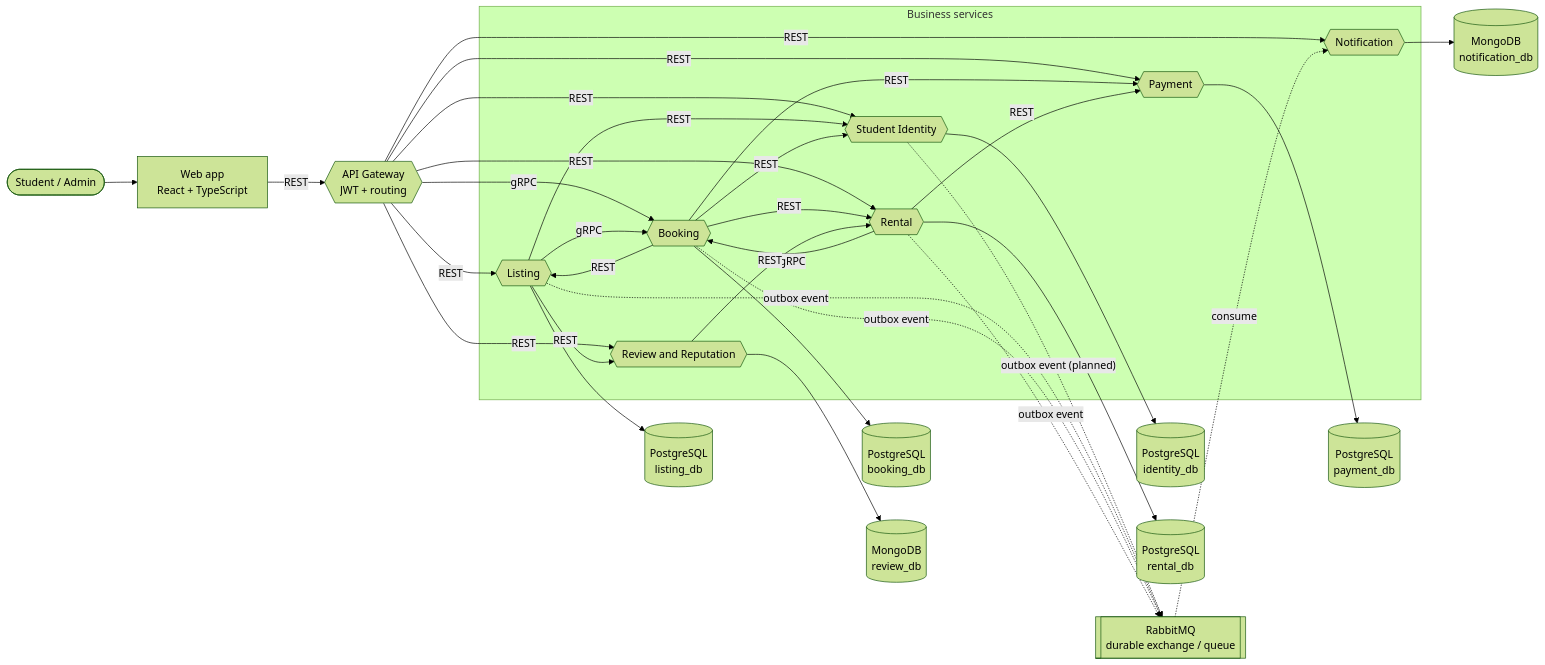
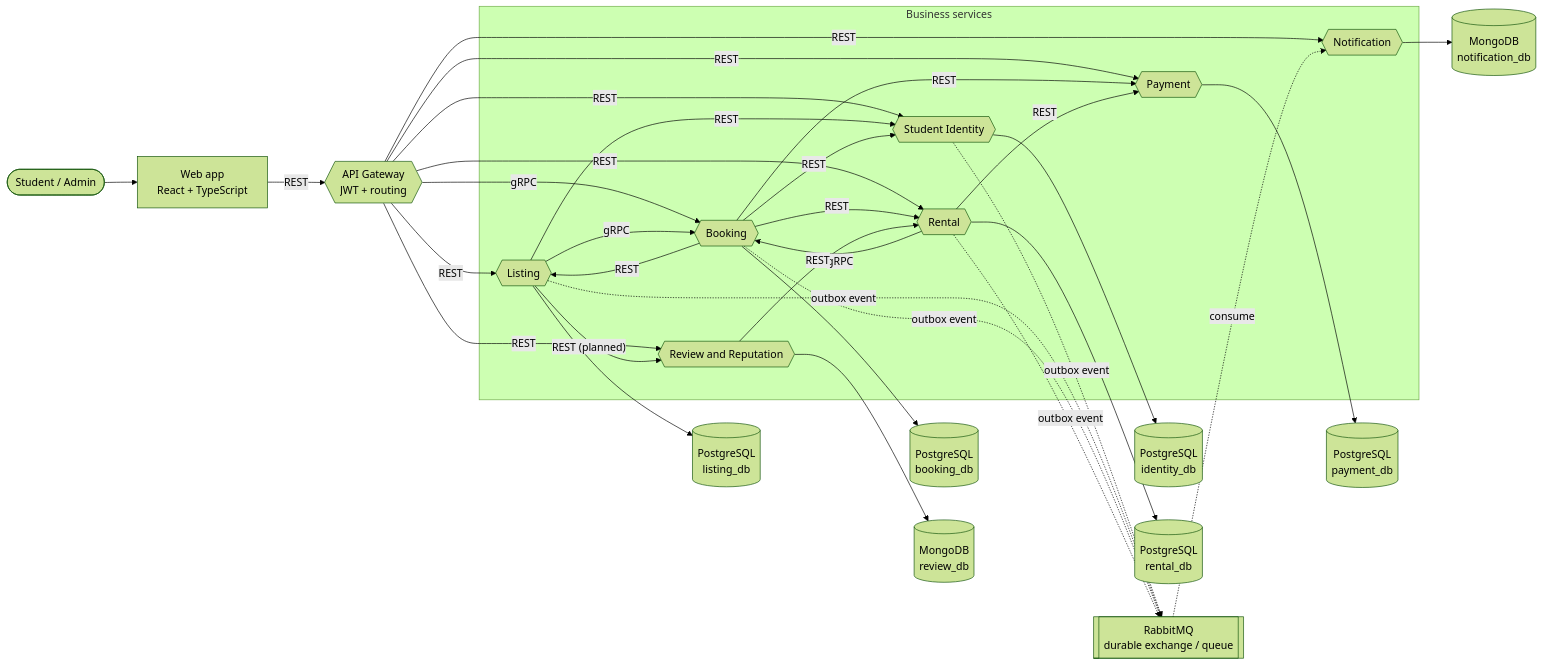
The first of 5 diagrams in docs/architecture/services.md (SA-sunchanging/CampusKit), drawn with Mermaid (forest theme) before and after one commit. The commit also changed other lines of this file, not shown here.

Commit message:
docs(architecture): record moderation, cancellation, verification, reviews, overdue, and tracing

````diff
--- a/docs/architecture/services.md
+++ b/docs/architecture/services.md
@@ -51,61 +52,61 @@
 ```mermaid
 flowchart LR
   user(["Student / Admin"])
   web["Web app<br/>React + TypeScript"]
   gateway{{"API Gateway<br/>JWT + routing"}}
 
   subgraph svc ["Business services"]
     identity{{"Student Identity"}}
     listing{{"Listing"}}
     booking{{"Booking"}}
     rental{{"Rental"}}
     payment{{"Payment"}}
     review{{"Review and Reputation"}}
     notification{{"Notification"}}
   end
 
   mq[["RabbitMQ<br/>durable exchange / queue"]]
 
   identityDb[("PostgreSQL<br/>identity_db")]
   listingDb[("PostgreSQL<br/>listing_db")]
   bookingDb[("PostgreSQL<br/>booking_db")]
   rentalDb[("PostgreSQL<br/>rental_db")]
   paymentDb[("PostgreSQL<br/>payment_db")]
   reviewDb[("MongoDB<br/>review_db")]
   notificationDb[("MongoDB<br/>notification_db")]
 
   user --> web
   web -- "REST" --> gateway
   gateway -- "REST" --> identity
   gateway -- "REST" --> listing
   gateway -- "gRPC" --> booking
   gateway -- "REST" --> rental
   gateway -- "REST" --> payment
   gateway -- "REST" --> review
   gateway -- "REST" --> notification
 
   listing -- "REST" --> identity
   listing -- "gRPC" --> booking
-  listing -- "REST" --> review
+  listing -- "REST (planned)" --> review
   booking -- "REST" --> identity
   booking -- "REST" --> listing
   booking -- "REST" --> payment
   booking -- "REST" --> rental
   rental -- "gRPC" --> booking
   rental -- "REST" --> payment
   review -- "REST" --> rental
 
-  identity -. "outbox event (planned)" .-> mq
+  identity -. "outbox event" .-> mq
   listing -. "outbox event" .-> mq
   booking -. "outbox event" .-> mq
   rental -. "outbox event" .-> mq
   mq -. "consume" .-> notification
 
   identity --> identityDb
   listing --> listingDb
   booking --> bookingDb
   rental --> rentalDb
   payment --> paymentDb
   review --> reviewDb
   notification --> notificationDb
 ```
````
